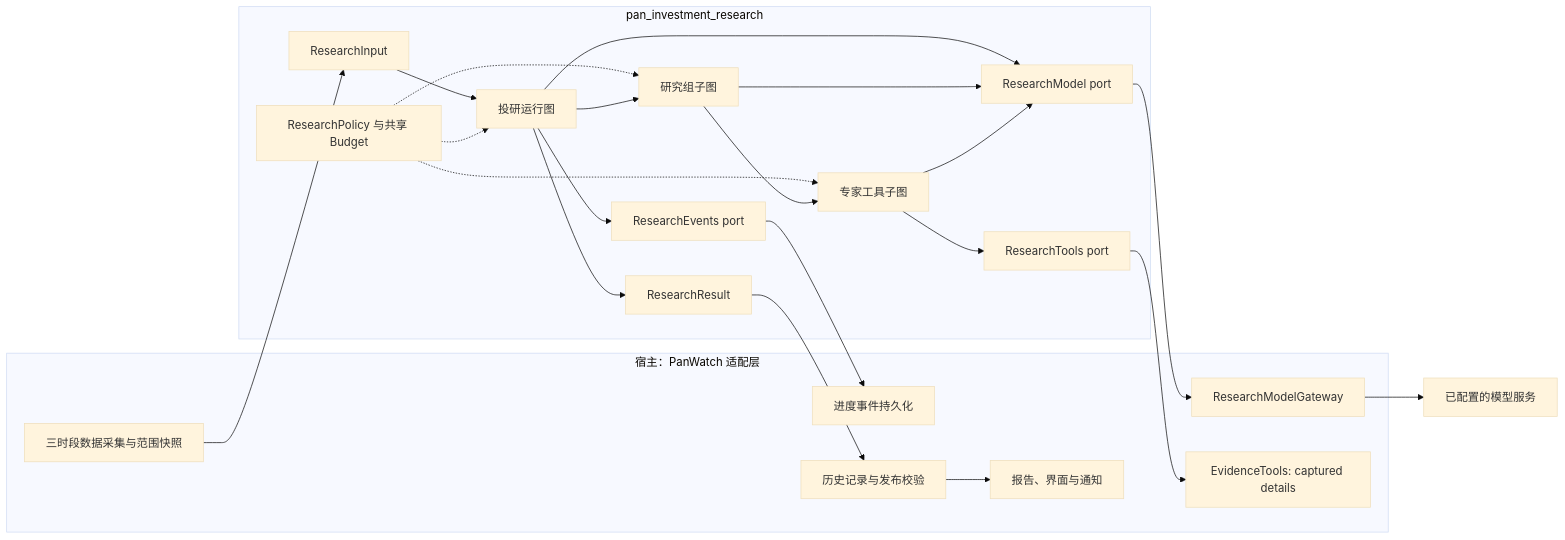
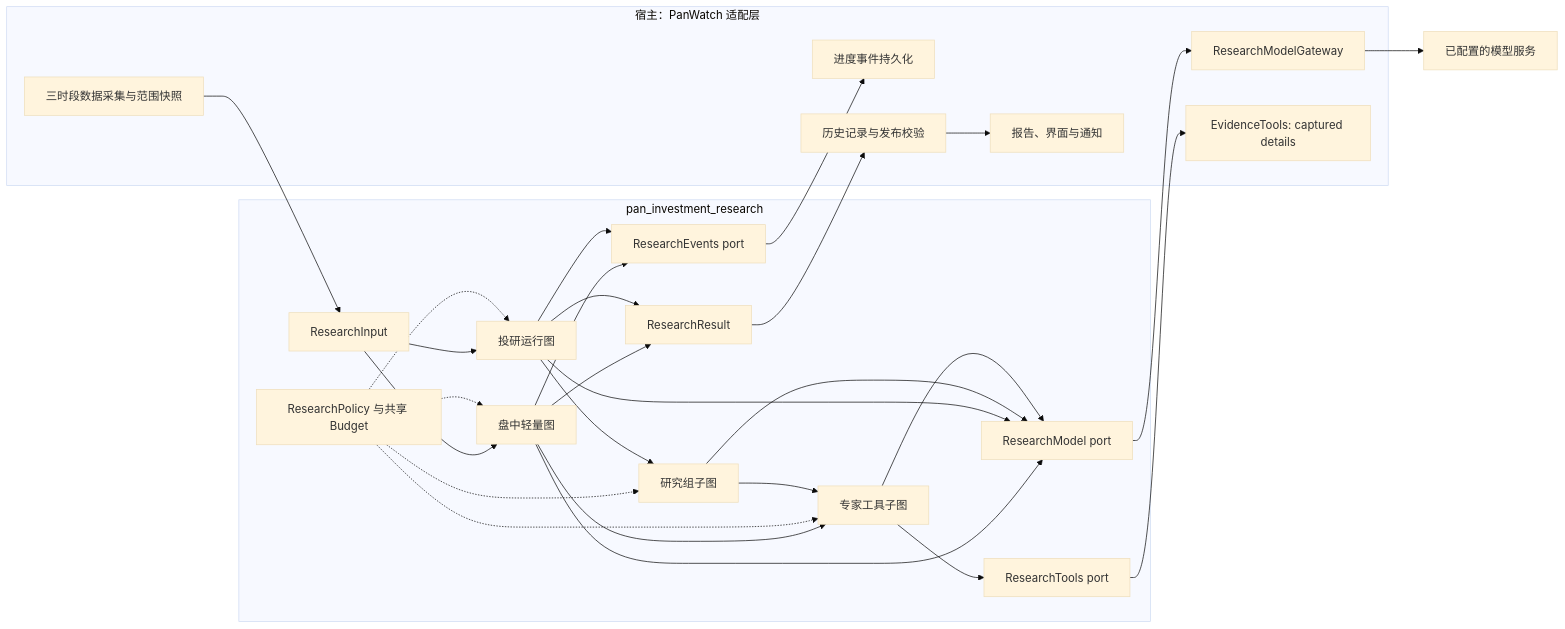
The first of 5 diagrams in packages/pan-investment-research/README.zh-CN.md (TNT-Likely/PanWatch), drawn with Mermaid (base theme) before and after one commit. The commit also changed other lines of this file and 31 other files, not shown here.

Commit message:
feat(research): add configurable session graphs and fast intraday research

````diff
--- a/packages/pan-investment-research/README.zh-CN.md
+++ b/packages/pan-investment-research/README.zh-CN.md
@@ -28,34 +28,41 @@
 ```mermaid
 flowchart LR
     subgraph HOST["宿主：PanWatch 适配层"]
         COL["三时段数据采集与范围快照"]
         GATEWAY["ResearchModelGateway"]
         DETAILS["EvidenceTools: captured details"]
         SINK["进度事件持久化"]
         SAVE["历史记录与发布校验"]
         VIEW["报告、界面与通知"]
     end
     subgraph PACKAGE["pan_investment_research"]
         INPUT["ResearchInput"]
         RUN["投研运行图"]
+        FAST["盘中轻量图"]
         GROUP["研究组子图"]
         EXPERT["专家工具子图"]
         POLICY["ResearchPolicy 与共享 Budget"]
         MODEL["ResearchModel port"]
         TOOLS["ResearchTools port"]
         EVENTS["ResearchEvents port"]
         RESULT["ResearchResult"]
     end
     PROVIDER["已配置的模型服务"]
     COL --> INPUT --> RUN
+    INPUT --> FAST
+    FAST --> EXPERT
+    FAST --> MODEL
+    FAST --> EVENTS
+    FAST --> RESULT
+    POLICY -.-> FAST
     POLICY -.-> RUN
     POLICY -.-> GROUP
     POLICY -.-> EXPERT
     RUN --> GROUP --> EXPERT
     RUN --> MODEL
     GROUP --> MODEL
     EXPERT --> MODEL --> GATEWAY --> PROVIDER
     EXPERT --> TOOLS --> DETAILS
     RUN --> EVENTS --> SINK
     RUN --> RESULT --> SAVE --> VIEW
 ```
````
